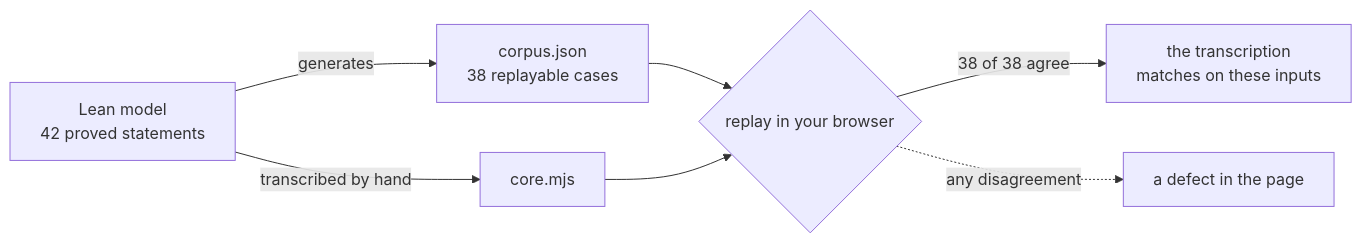
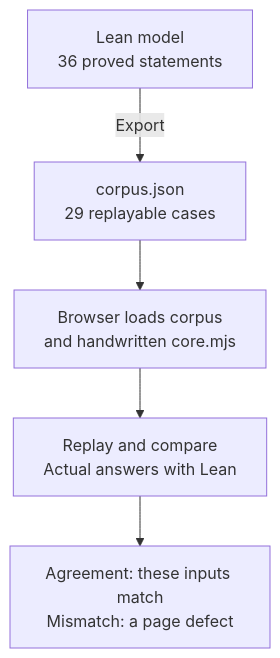
One commit to lambdasistemi/singular changed the diagram in docs/simulation.md. Above: the diagram before and after it, drawn with Mermaid. The commit also changed other lines of this file and 285 other files, not shown here.

````diff
--- a/docs/simulation.md
+++ b/docs/simulation.md
@@ -55,9 +46,7 @@
 ```mermaid
-flowchart LR
-    L["Lean model<br/>42 proved statements"] -->|generates| C["corpus.json<br/>38 replayable cases"]
-    L -->|transcribed by hand| J["core.mjs"]
-    C --> R{"replay in your browser"}
-    J --> R
-    R -->|"38 of 38 agree"| OK["the transcription<br/>matches on these inputs"]
-    R -.->|"any disagreement"| BUG["a defect in the page"]
+flowchart TD
+    L["Lean model<br/>36 proved statements"] -->|Export| C["corpus.json<br/>29 replayable cases"]
+    C --> B["Browser loads corpus<br/>and handwritten core.mjs"]
+    B --> R["Replay and compare<br/>Actual answers with Lean"]
+    R --> Verdict["Agreement: these inputs match<br/>Mismatch: a page defect"]
 ```
````
